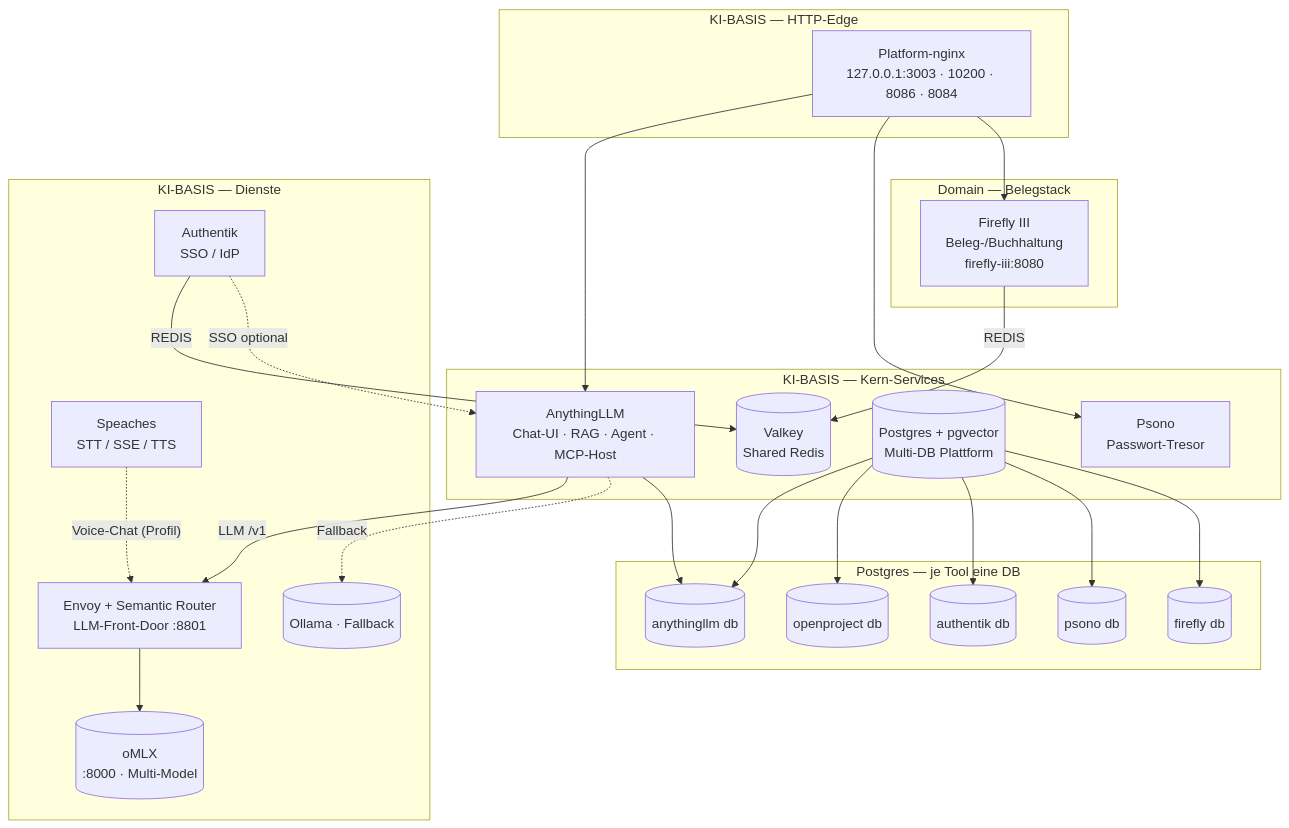
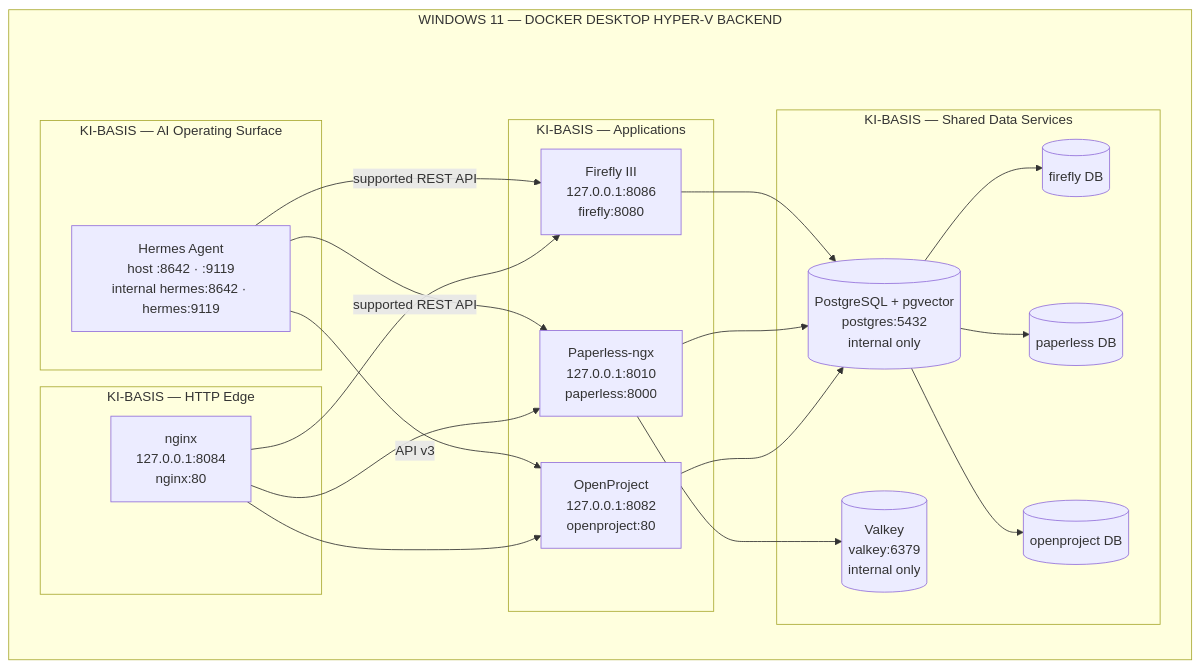
One commit to leela-spec/apexai-os-meta changed the diagram in apex-meta/Alpine/ARCHITEKTUR-BASIS.md. Above: the diagram before and after it, drawn with Mermaid. The commit also changed other lines of this file and 19 other files, not shown here.

Commit message:
feat(ki-basis): implement and verify platform migration to Docker Desktop Hyper-V

````diff
--- a/apex-meta/Alpine/ARCHITEKTUR-BASIS.md
+++ b/apex-meta/Alpine/ARCHITEKTUR-BASIS.md
@@ -8,52 +6,36 @@
 ```mermaid
 flowchart TB
-    subgraph edge [KI-BASIS — HTTP-Edge]
-        NGX[Platform-nginx<br/>127.0.0.1:3003 · 10200 · 8086 · 8084]
+    subgraph host [WINDOWS 11 — DOCKER DESKTOP HYPER-V BACKEND]
+        subgraph edge [KI-BASIS — HTTP Edge]
+            NGX[nginx<br/>127.0.0.1:8084<br/>nginx:80]
+        end
+        subgraph control [KI-BASIS — AI Operating Surface]
+            HERMES[Hermes Agent<br/>host :8642 · :9119<br/>internal hermes:8642 · hermes:9119]
+        end
+        subgraph apps [KI-BASIS — Applications]
+            FIREFLY[Firefly III<br/>127.0.0.1:8086<br/>firefly:8080]
+            PAPERLESS[Paperless-ngx<br/>127.0.0.1:8010<br/>paperless:8000]
+            OPENPROJECT[OpenProject<br/>127.0.0.1:8082<br/>openproject:80]
+        end
+        subgraph data [KI-BASIS — Shared Data Services]
+            PG[(PostgreSQL + pgvector<br/>postgres:5432<br/>internal only)]
+            VALKEY[(Valkey<br/>valkey:6379<br/>internal only)]
+            DBF[(firefly DB)]
+            DBP[(paperless DB)]
+            DBO[(openproject DB)]
+        end
     end
-
-    subgraph core [KI-BASIS — Kern-Services]
-        ANYTHING[AnythingLLM<br/>Chat-UI · RAG · Agent · MCP-Host]
-        VALKEY[(Valkey<br/>Shared Redis)]
-        PG[(Postgres + pgvector<br/>Multi-DB Plattform)]
-        PSONO[Psono<br/>Passwort-Tresor]
-    end
-
-    subgraph domain [Domain — Belegstack]
-        FIREFLY[Firefly III<br/>Beleg-/Buchhaltung<br/>firefly-iii:8080]
-    end
-
-    subgraph svc [KI-BASIS — Dienste]
-        ENVOY[Envoy + Semantic Router<br/>LLM-Front-Door :8801]
-        OMLX[(oMLX<br/>:8000 · Multi-Model)]
-        OLLAMA[(Ollama · Fallback)]
-        SPEACH[Speaches<br/>STT / SSE / TTS]
-        AUTH[Authentik<br/>SSO / IdP]
-    end
-
-    subgraph db [Postgres — je Tool eine DB]
-        DB1[(anythingllm db)]
-        DB3[(openproject db)]
-        DB4[(authentik db)]
-        DB5[(psono db)]
-        DB6[(firefly db)]
-    end
-
-    PG --> DB1
-    PG --> DB3
-    PG --> DB4
-    PG --> DB5
-    PG --> DB6
-
-    ANYTHING -->|"LLM /v1"| ENVOY
-    ENVOY --> OMLX
-    ANYTHING -.->|"Fallback"| OLLAMA
-    ANYTHING --> DB1
-    SPEACH -.->|"Voice-Chat (Profil)"| ENVOY
-    AUTH -->|"REDIS"| VALKEY
-    FIREFLY -->|"REDIS"| VALKEY
-
-    NGX --> ANYTHING
-    NGX --> PSONO
+    PG --> DBF
+    PG --> DBP
+    PG --> DBO
+    FIREFLY --> PG
+    PAPERLESS --> PG
+    PAPERLESS --> VALKEY
+    OPENPROJECT --> PG
+    HERMES -->|supported REST API| FIREFLY
+    HERMES -->|supported REST API| PAPERLESS
+    HERMES -->|API v3| OPENPROJECT
     NGX --> FIREFLY
-    AUTH -.->|"SSO optional"| ANYTHING
+    NGX --> PAPERLESS
+    NGX --> OPENPROJECT
 ```
````
